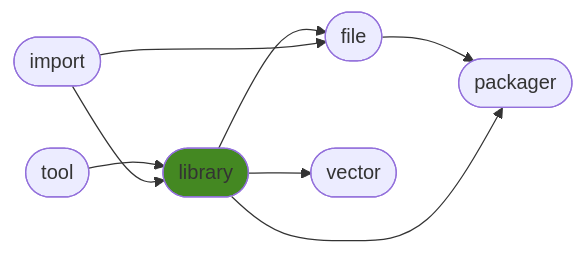
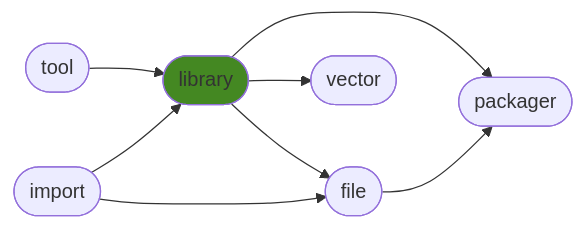
The diagram in README.md (ManderaGeneral/generallibrary), drawn with Mermaid before and after one commit. The commit also changed other lines of this file, not shown here.

````diff
--- a/README.md
+++ b/README.md
@@ -24,17 +24,17 @@
 ```mermaid
 flowchart LR
-3([file]) --> 5([packager])
+1([tool]) --> 2([library])
 2([library]) --> 4([vector])
 2([library]) --> 5([packager])
-1([tool]) --> 2([library])
 2([library]) --> 3([file])
 0([import]) --> 3([file])
+3([file]) --> 5([packager])
 0([import]) --> 2([library])
 click 0 "https://github.com/ManderaGeneral/generalimport"
 click 1 "https://github.com/ManderaGeneral/generaltool"
 click 2 "https://github.com/ManderaGeneral/generallibrary"
 click 3 "https://github.com/ManderaGeneral/generalfile"
 click 4 "https://github.com/ManderaGeneral/generalvector"
 click 5 "https://github.com/ManderaGeneral/generalpackager"
 style 2 fill:#482
 ```
````
